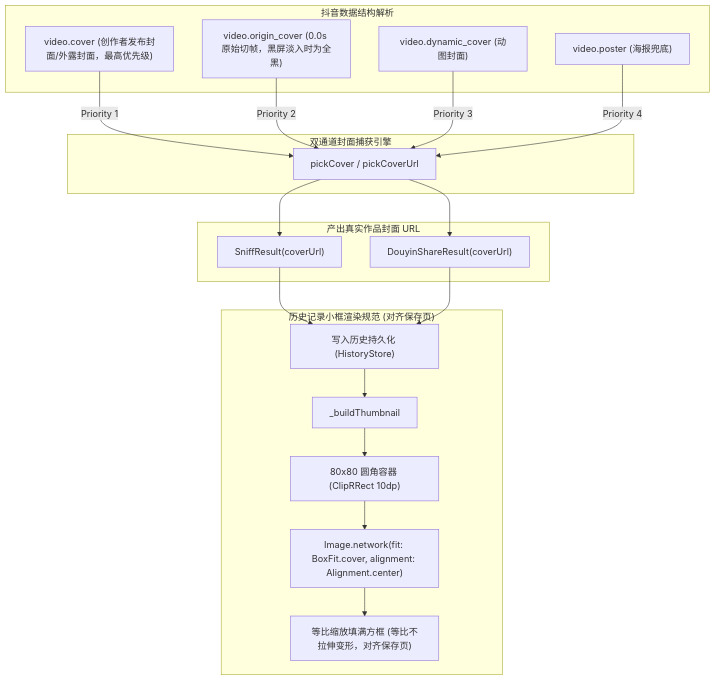
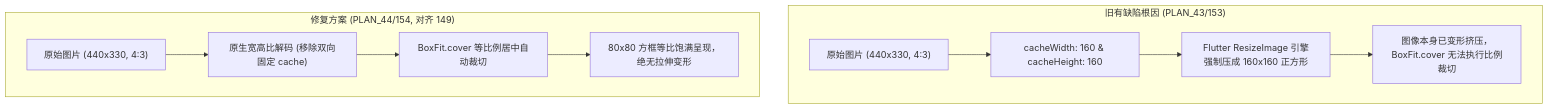
Before and after one commit to LinXruan/YuYin: the diagram in PLAN/PLAN_41~50/PLAN_44.md, drawn with Mermaid. The commit also changed other lines of this file and 5 other files, not shown here.

Commit message:
154_pl44：移除缩略图双向固定cache尺寸彻底修复拉伸挤压

````diff
--- a/PLAN/PLAN_41~50/PLAN_44.md
+++ b/PLAN/PLAN_41~50/PLAN_44.md
@@ -30,30 +25,14 @@
 ```mermaid
 flowchart TD
-    subgraph DouyinData["抖音数据结构解析"]
-        CV["video.cover (创作者发布封面/外露封面，最高优先级)"]
-        OC["video.origin_cover (0.0s 原始切帧，黑屏淡入时为全黑)"]
-        DC["video.dynamic_cover (动图封面)"]
-        PT["video.poster (海报兜底)"]
+    subgraph BugRootCause["旧有缺陷根因 (PLAN_43/153)"]
+        RawImg["原始图片 (440x330, 4:3)"] --> CacheSize["cacheWidth: 160 & cacheHeight: 160"]
+        CacheSize --> Decode["Flutter ResizeImage 引擎强制压成 160x160 正方形"]
+        Decode --> Distort["图像本身已变形挤压，BoxFit.cover 无法执行比例裁切"]
     end
 
-    subgraph ExtractEngine["双通道封面捕获引擎"]
-        CV -->|Priority 1| Extractor["pickCover / pickCoverUrl"]
-        OC -->|Priority 2| Extractor
-        DC -->|Priority 3| Extractor
-        PT -->|Priority 4| Extractor
-    end
-
-    subgraph ChannelOutput["产出真实作品封面 URL"]
-        Extractor --> Sniff["SniffResult(coverUrl)"]
-        Extractor --> Share["DouyinShareResult(coverUrl)"]
-    end
-
-    subgraph ThumbnailDisplay["历史记录小框渲染规范 (对齐保存页)"]
-        Sniff --> HistoryItem["写入历史持久化 (HistoryStore)"]
-        Share --> HistoryItem
-        HistoryItem --> Thumb["_buildThumbnail"]
-        Thumb --> Box["80x80 圆角容器 (ClipRRect 10dp)"]
-        Box --> Cover["Image.network(fit: BoxFit.cover, alignment: Alignment.center)"]
-        Cover --> Result["等比缩放填满方框 (等比不拉伸变形，对齐保存页)"]
+    subgraph FixSolution["修复方案 (PLAN_44/154, 对齐 149)"]
+        RawImg2["原始图片 (440x330, 4:3)"] --> NativeDecode["原生宽高比解码 (移除双向固定 cache)"]
+        NativeDecode --> CoverCrop["BoxFit.cover 等比例居中自动裁切"]
+        CoverCrop --> Perfect["80x80 方框等比饱满呈现，绝无拉伸变形"]
     end
 ```
````
